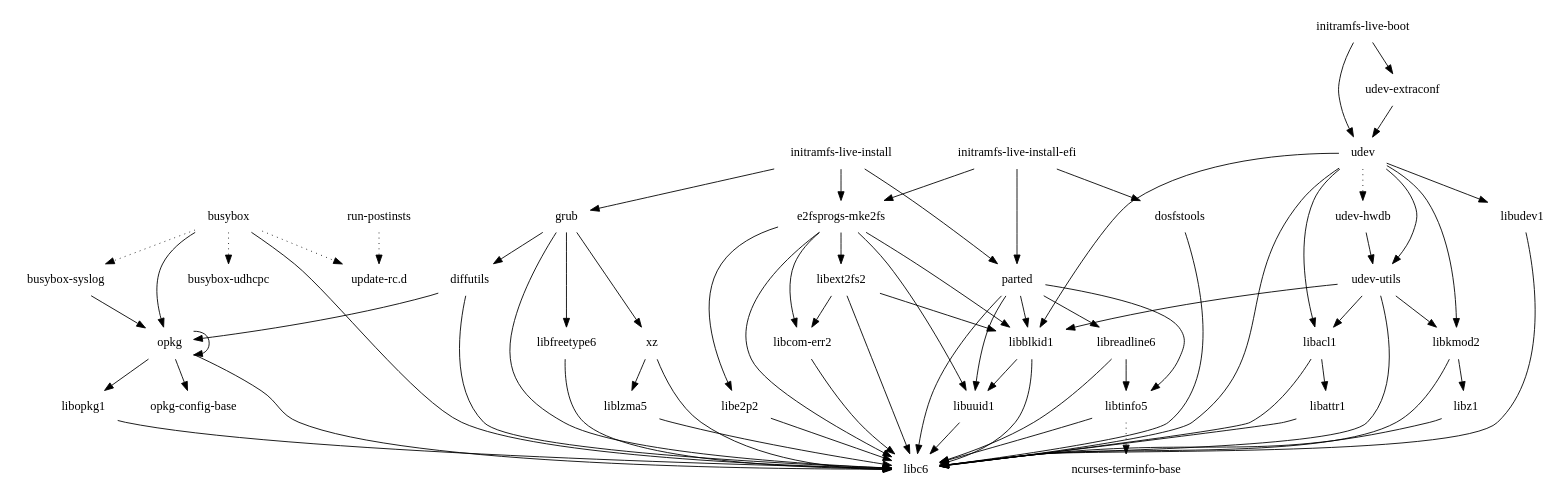
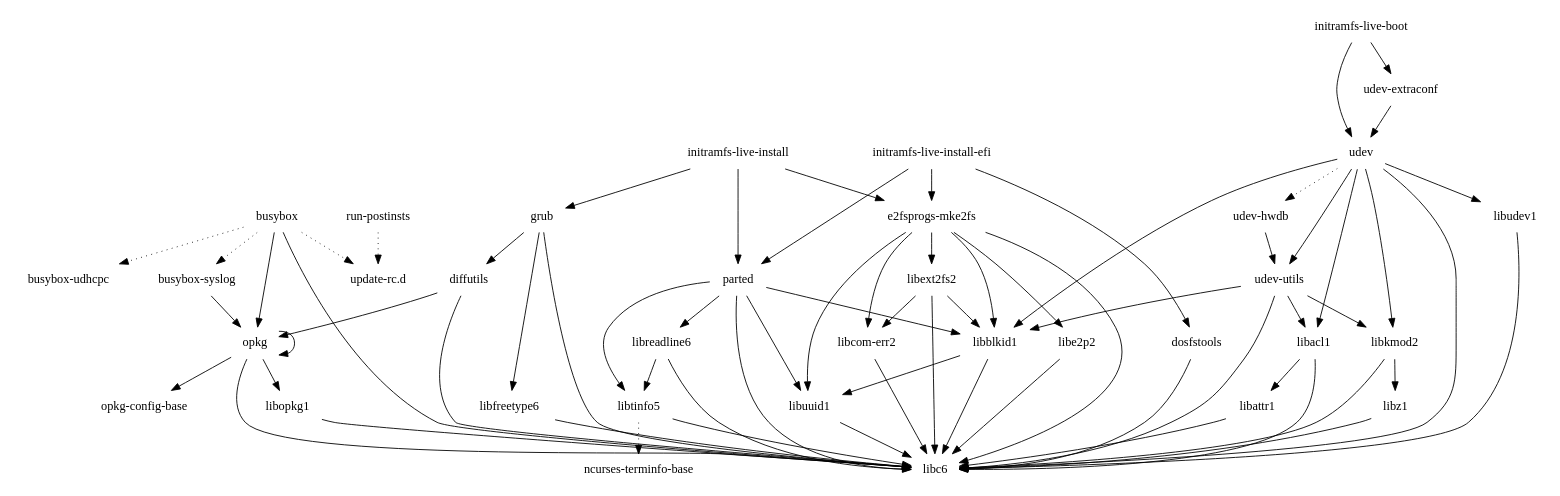
The diagram in images/minnow/eglibc/core-image-minimal-initramfs/depends-nokernel.dot (Angstrom-distribution/buildhistory), drawn with Graphviz before and after one commit. The commit also changed 20 other files, not shown here.

```diff
--- a/images/minnow/eglibc/core-image-minimal-initramfs/depends-nokernel.dot
+++ b/images/minnow/eglibc/core-image-minimal-initramfs/depends-nokernel.dot
@@ -1,77 +1,73 @@
 digraph depends {
     node [shape=plaintext]
 "busybox" -> "busybox-syslog" [style=dotted];
 "busybox" -> "busybox-udhcpc" [style=dotted];
 "busybox" -> "libc6";
 "busybox" -> "opkg";
 "busybox" -> "update-rc.d" [style=dotted];
 "busybox-syslog" -> "opkg";
 "diffutils" -> "libc6";
 "diffutils" -> "opkg";
 "dosfstools" -> "libc6";
 "e2fsprogs-mke2fs" -> "libblkid1";
 "e2fsprogs-mke2fs" -> "libc6";
 "e2fsprogs-mke2fs" -> "libcom-err2";
 "e2fsprogs-mke2fs" -> "libe2p2";
 "e2fsprogs-mke2fs" -> "libext2fs2";
 "e2fsprogs-mke2fs" -> "libuuid1";
 "grub" -> "diffutils";
 "grub" -> "libc6";
 "grub" -> "libfreetype6";
-"grub" -> "xz";
 "initramfs-live-boot" -> "udev";
 "initramfs-live-boot" -> "udev-extraconf";
 "initramfs-live-install" -> "e2fsprogs-mke2fs";
 "initramfs-live-install" -> "grub";
 "initramfs-live-install" -> "parted";
 "initramfs-live-install-efi" -> "dosfstools";
 "initramfs-live-install-efi" -> "e2fsprogs-mke2fs";
 "initramfs-live-install-efi" -> "parted";
 "libacl1" -> "libattr1";
 "libacl1" -> "libc6";
 "libattr1" -> "libc6";
 "libblkid1" -> "libc6";
 "libblkid1" -> "libuuid1";
 "libcom-err2" -> "libc6";
 "libe2p2" -> "libc6";
 "libext2fs2" -> "libblkid1";
 "libext2fs2" -> "libc6";
 "libext2fs2" -> "libcom-err2";
 "libfreetype6" -> "libc6";
 "libkmod2" -> "libc6";
 "libkmod2" -> "libz1";
-"liblzma5" -> "libc6";
 "libopkg1" -> "libc6";
 "libreadline6" -> "libc6";
 "libreadline6" -> "libtinfo5";
 "libtinfo5" -> "libc6";
 "libtinfo5" -> "ncurses-terminfo-base" [style=dotted];
 "libudev1" -> "libc6";
 "libuuid1" -> "libc6";
 "libz1" -> "libc6";
 "opkg" -> "libc6";
 "opkg" -> "libopkg1";
 "opkg" -> "opkg";
 "opkg" -> "opkg-config-base";
 "parted" -> "libblkid1";
 "parted" -> "libc6";
 "parted" -> "libreadline6";
 "parted" -> "libtinfo5";
 "parted" -> "libuuid1";
 "run-postinsts" -> "update-rc.d" [style=dotted];
 "udev" -> "libacl1";
 "udev" -> "libblkid1";
 "udev" -> "libc6";
 "udev" -> "libkmod2";
 "udev" -> "libudev1";
 "udev" -> "udev-hwdb" [style=dotted];
 "udev" -> "udev-utils";
 "udev-extraconf" -> "udev";
 "udev-hwdb" -> "udev-utils";
 "udev-utils" -> "libacl1";
 "udev-utils" -> "libblkid1";
 "udev-utils" -> "libc6";
 "udev-utils" -> "libkmod2";
-"xz" -> "libc6";
-"xz" -> "liblzma5";
 }
```
